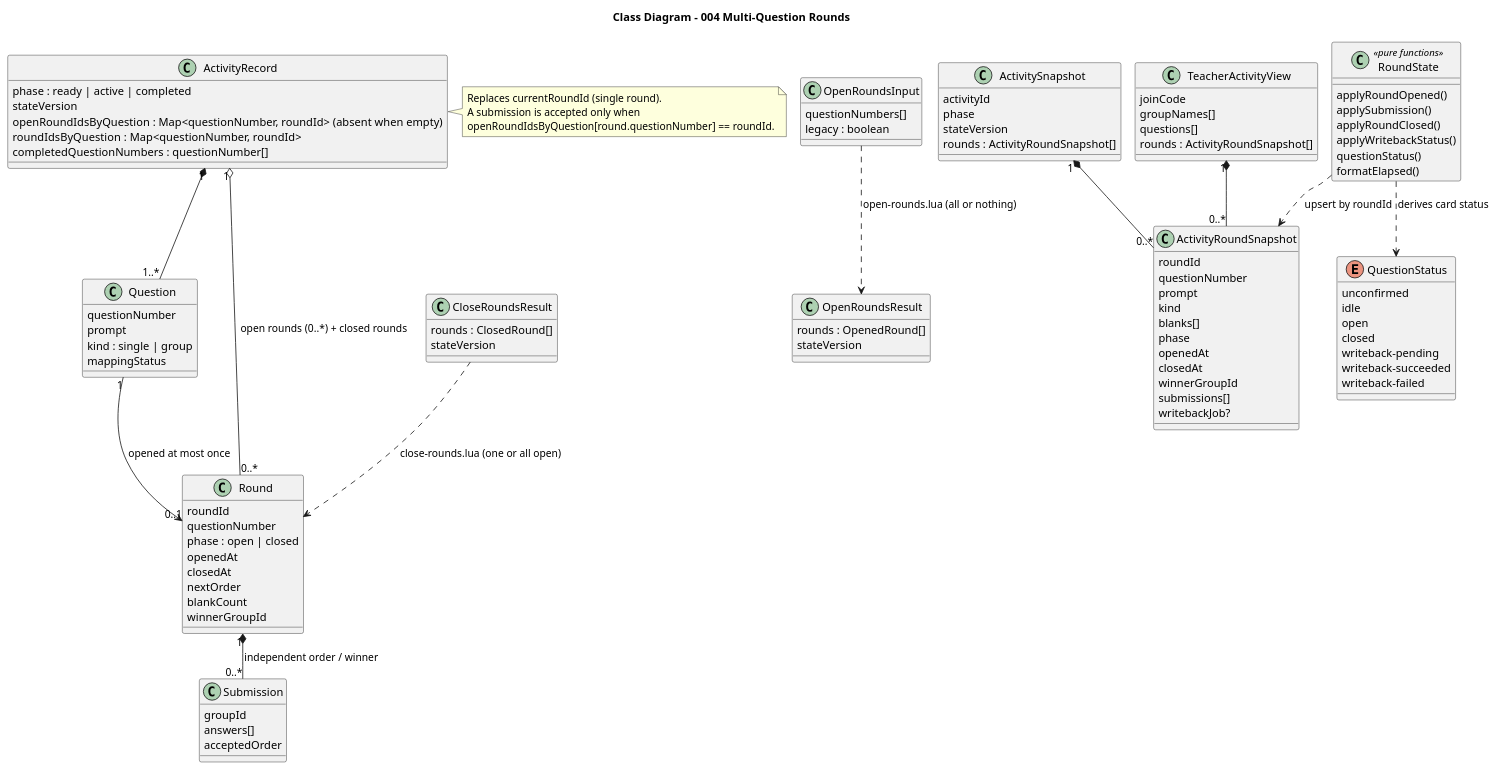
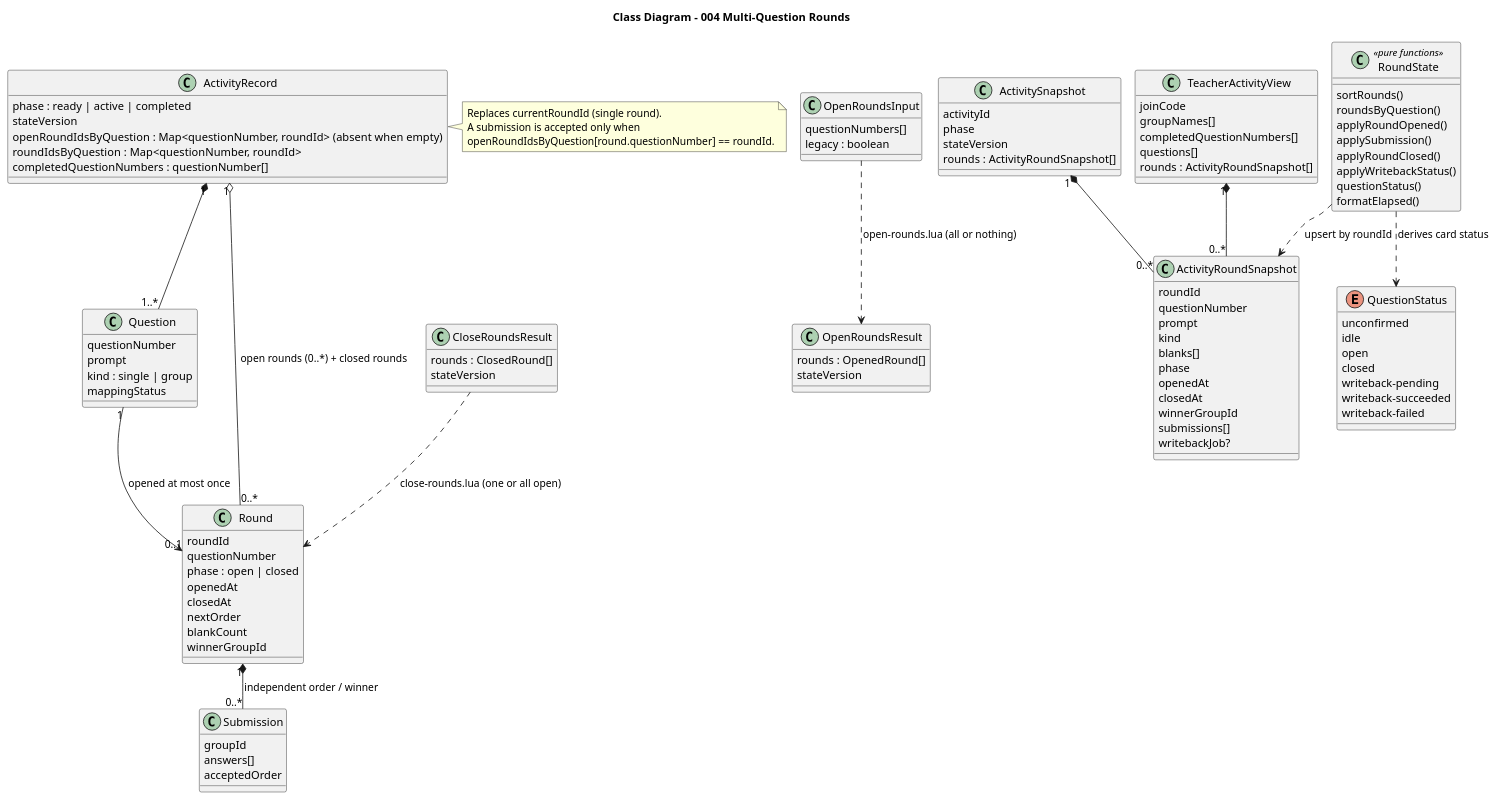
The diagram in main/diagrams/004-class.puml (Chunshan-Theta/2026-SW-quickanswer), drawn with PlantUML before and after one commit. The commit also changed 3 other files, not shown here.

First line of the commit message:
docs(004): record diagram alignment and verification results

```diff
--- a/main/diagrams/004-class.puml
+++ b/main/diagrams/004-class.puml
@@ -1,104 +1,107 @@
 @startuml
 !pragma layout smetana
 title Class Diagram - 004 Multi-Question Rounds
 
 class ActivityRecord {
   phase : ready | active | completed
   stateVersion
   {field} openRoundIdsByQuestion : Map<questionNumber, roundId> (absent when empty)
   roundIdsByQuestion : Map<questionNumber, roundId>
   completedQuestionNumbers : questionNumber[]
 }
 class Question {
   questionNumber
   prompt
   kind : single | group
   mappingStatus
 }
 class Round {
   roundId
   questionNumber
   phase : open | closed
   openedAt
   closedAt
   nextOrder
   blankCount
   winnerGroupId
 }
 class Submission {
   groupId
   answers[]
   acceptedOrder
 }
 class OpenRoundsInput {
   questionNumbers[]
   legacy : boolean
 }
 class OpenRoundsResult {
   rounds : OpenedRound[]
   stateVersion
 }
 class CloseRoundsResult {
   rounds : ClosedRound[]
   stateVersion
 }
 class ActivitySnapshot {
   activityId
   phase
   stateVersion
   rounds : ActivityRoundSnapshot[]
 }
 class ActivityRoundSnapshot {
   roundId
   questionNumber
   prompt
   kind
   blanks[]
   phase
   openedAt
   closedAt
   winnerGroupId
   submissions[]
   writebackJob?
 }
 class TeacherActivityView {
   joinCode
   groupNames[]
+  completedQuestionNumbers[]
   questions[]
   rounds : ActivityRoundSnapshot[]
 }
 class RoundState <<pure functions>> {
+  sortRounds()
+  roundsByQuestion()
   applyRoundOpened()
   applySubmission()
   applyRoundClosed()
   applyWritebackStatus()
   questionStatus()
   formatElapsed()
 }
 enum QuestionStatus {
   unconfirmed
   idle
   open
   closed
   writeback-pending
   writeback-succeeded
   writeback-failed
 }
 
 ActivityRecord "1" *-- "1..*" Question
 ActivityRecord "1" o-- "0..*" Round : open rounds (0..*) + closed rounds
 Question "1" --> "0..1" Round : opened at most once
 Round "1" *-- "0..*" Submission : independent order / winner
 OpenRoundsInput ..> OpenRoundsResult : open-rounds.lua (all or nothing)
 CloseRoundsResult ..> Round : close-rounds.lua (one or all open)
 ActivitySnapshot "1" *-- "0..*" ActivityRoundSnapshot
 TeacherActivityView "1" *-- "0..*" ActivityRoundSnapshot
 RoundState ..> ActivityRoundSnapshot : upsert by roundId
 RoundState ..> QuestionStatus : derives card status
 
 note right of ActivityRecord
   Replaces currentRoundId (single round).
   A submission is accepted only when
   openRoundIdsByQuestion[round.questionNumber] == roundId.
 end note
 @enduml
```
